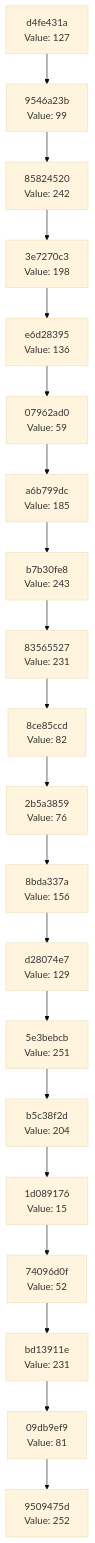
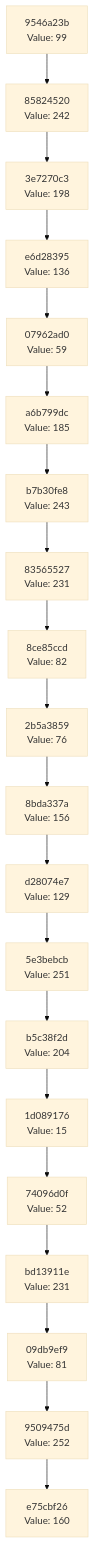
The diagram in docs/CHAIN_VISUALIZATION.md (Abhisheksinha1506/hash-chain-evolver), drawn with Mermaid (base theme) before and after one commit. The commit also changed 2 other files, not shown here.

Commit message:
Evolution Step

````diff
--- a/docs/CHAIN_VISUALIZATION.md
+++ b/docs/CHAIN_VISUALIZATION.md
@@ -3,42 +3,42 @@
 ```mermaid
 graph TD
-    C0["9509475d<br/>Value: 252"]
-    C1["09db9ef9<br/>Value: 81"]
+    C0["e75cbf26<br/>Value: 160"]
+    C1["9509475d<br/>Value: 252"]
     C1 --> C0
-    C2["bd13911e<br/>Value: 231"]
+    C2["09db9ef9<br/>Value: 81"]
     C2 --> C1
-    C3["74096d0f<br/>Value: 52"]
+    C3["bd13911e<br/>Value: 231"]
     C3 --> C2
-    C4["1d089176<br/>Value: 15"]
+    C4["74096d0f<br/>Value: 52"]
     C4 --> C3
-    C5["b5c38f2d<br/>Value: 204"]
+    C5["1d089176<br/>Value: 15"]
     C5 --> C4
-    C6["5e3bebcb<br/>Value: 251"]
+    C6["b5c38f2d<br/>Value: 204"]
     C6 --> C5
-    C7["d28074e7<br/>Value: 129"]
+    C7["5e3bebcb<br/>Value: 251"]
     C7 --> C6
-    C8["8bda337a<br/>Value: 156"]
+    C8["d28074e7<br/>Value: 129"]
     C8 --> C7
-    C9["2b5a3859<br/>Value: 76"]
+    C9["8bda337a<br/>Value: 156"]
     C9 --> C8
-    C10["8ce85ccd<br/>Value: 82"]
+    C10["2b5a3859<br/>Value: 76"]
     C10 --> C9
-    C11["83565527<br/>Value: 231"]
+    C11["8ce85ccd<br/>Value: 82"]
     C11 --> C10
-    C12["b7b30fe8<br/>Value: 243"]
+    C12["83565527<br/>Value: 231"]
     C12 --> C11
-    C13["a6b799dc<br/>Value: 185"]
+    C13["b7b30fe8<br/>Value: 243"]
     C13 --> C12
-    C14["07962ad0<br/>Value: 59"]
+    C14["a6b799dc<br/>Value: 185"]
     C14 --> C13
-    C15["e6d28395<br/>Value: 136"]
+    C15["07962ad0<br/>Value: 59"]
     C15 --> C14
-    C16["3e7270c3<br/>Value: 198"]
+    C16["e6d28395<br/>Value: 136"]
     C16 --> C15
-    C17["85824520<br/>Value: 242"]
+    C17["3e7270c3<br/>Value: 198"]
     C17 --> C16
-    C18["9546a23b<br/>Value: 99"]
+    C18["85824520<br/>Value: 242"]
     C18 --> C17
-    C19["d4fe431a<br/>Value: 127"]
+    C19["9546a23b<br/>Value: 99"]
     C19 --> C18
 ```
````
